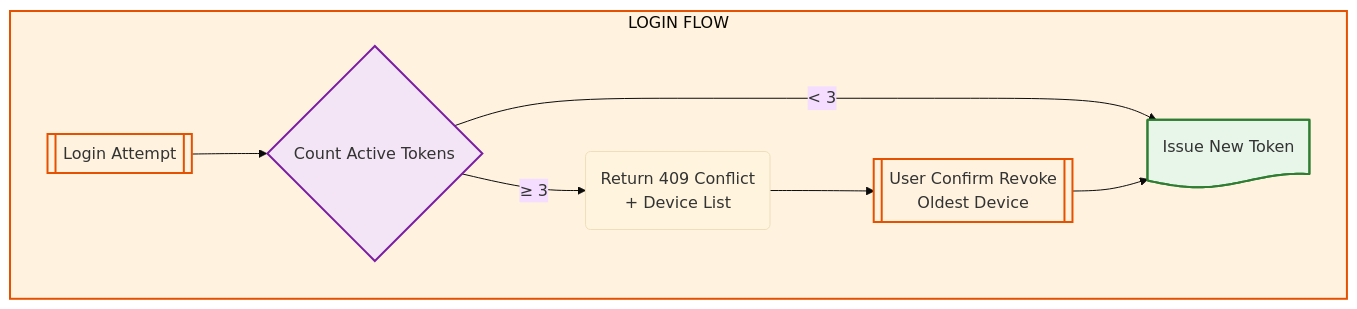
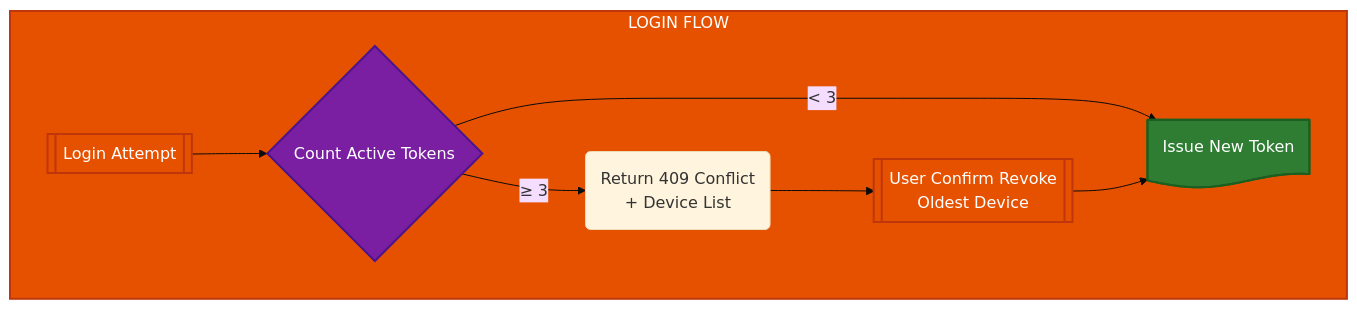
One commit to nghyane/VSTEP changed diagram 12 of 12 in docs/capstone/diagrams/flow-diagrams.vi.md. Above: the diagram before and after it, drawn with Mermaid (base theme). The commit also changed other lines of this file, not shown here.

First line of the commit message:
fix(docs): update diagram colors for dark mode compatibility

````diff
--- a/docs/capstone/diagrams/flow-diagrams.vi.md
+++ b/docs/capstone/diagrams/flow-diagrams.vi.md
@@ -715,22 +715,22 @@
 ```mermaid
 flowchart TB
     subgraph Login["LOGIN FLOW"]
         Attempt@{ shape: fr-rect, label: "Login Attempt" }
         Count@{ shape: diam, label: "Count Active Tokens" }
         Warn@{ shape: rounded, label: "Return 409 Conflict<br/>+ Device List" }
         Revoke@{ shape: fr-rect, label: "User Confirm Revoke<br/>Oldest Device" }
         Issue@{ shape: doc, label: "Issue New Token" }
     end
 
     Attempt --> Count
     Count -->|"< 3"| Issue
     Count -->|"≥ 3"| Warn --> Revoke --> Issue
 
-    classDef process fill:#fff3e0,stroke:#e65100,stroke-width:2px
-    classDef decision fill:#f3e5f5,stroke:#7b1fa2,stroke-width:2px
-    classDef success fill:#e8f5e9,stroke:#2e7d32,stroke-width:2px
+    classDef process fill:#e65100,stroke:#bf360c,stroke-width:2px,color:#fff
+    classDef decision fill:#7b1fa2,stroke:#4a148c,stroke-width:2px,color:#fff
+    classDef success fill:#2e7d32,stroke:#1b5e20,stroke-width:2px,color:#fff
 
     class Login,Attempt,Revoke,Issue process
     class Count decision
     class Issue success
 ```
````
